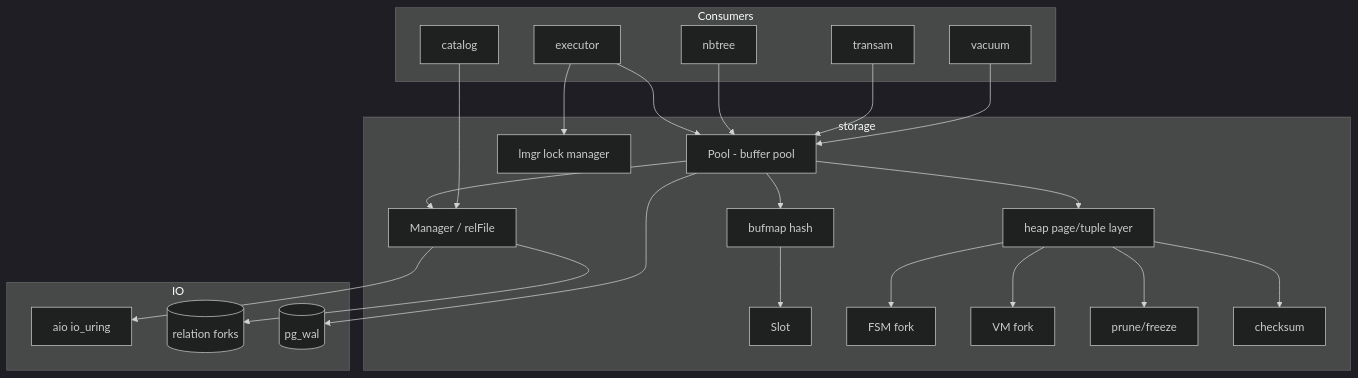
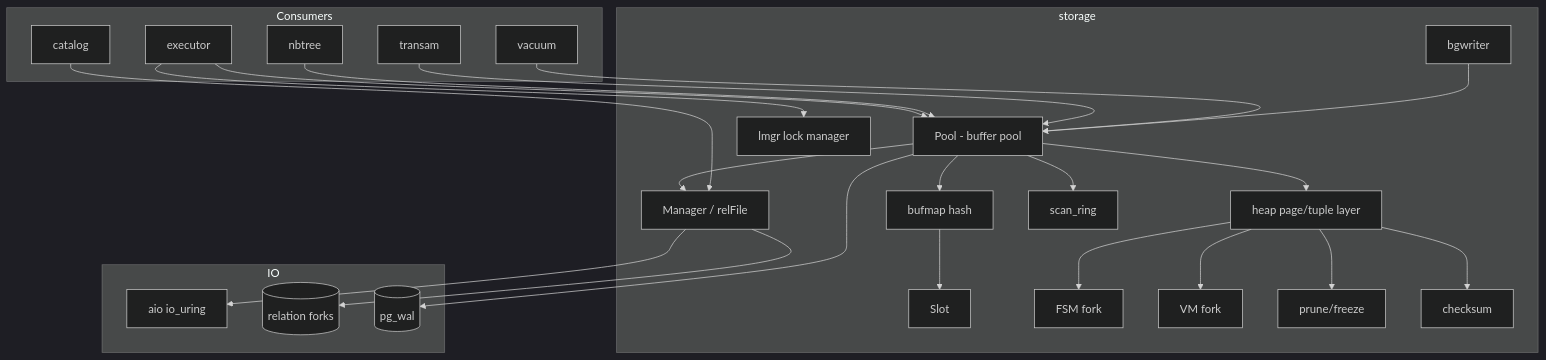
The first of 7 diagrams in docs/wiki/modules/storage.md (ryogrid/goopg), drawn with Mermaid (dark theme) before and after one commit. The commit also changed other lines of this file and 20 other files, not shown here.

Commit message:
docs(wiki): second expansion pass — all 21 module docs ~2x again (total 14.8k lines, 138 mermaid blocks) — M-NIGHTLY

````diff
--- a/docs/wiki/modules/storage.md
+++ b/docs/wiki/modules/storage.md
@@ -10,41 +10,45 @@
 ```mermaid
 flowchart TD
     subgraph Consumers
         EXEC[executor]
         NB[nbtree]
         TA[transam]
         VAC[vacuum]
         CAT[catalog]
     end
     subgraph storage
         POOL[Pool - buffer pool]
         BUFMAP[bufmap hash]
         SLOT[Slot]
         SMGR[Manager / relFile]
         HEAP[heap page/tuple layer]
         FSM[FSM fork]
         VM[VM fork]
         PRUNE[prune/freeze]
         CHK[checksum]
         LM[lmgr lock manager]
+        BG[bgwriter]
+        SCAN[scan_ring]
     end
     subgraph IO
         AIO[aio io_uring]
         FILE[(relation forks)]
         WAL[(pg_wal)]
     end
     EXEC --> POOL --> BUFMAP --> SLOT
     POOL --> SMGR --> FILE
     SMGR --> AIO
     POOL --> HEAP
     HEAP --> FSM
     HEAP --> VM
     HEAP --> PRUNE
     HEAP --> CHK
     EXEC --> LM
     POOL --> WAL
     NB --> POOL
     TA --> POOL
     VAC --> POOL
     CAT --> SMGR
+    BG --> POOL
+    POOL --> SCAN
 ```
````
